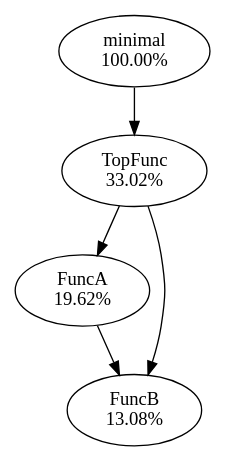
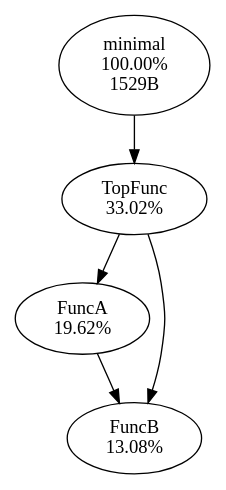
One commit to f18m/malloc-tag changed the diagram in examples/minimal/minimal_stats.dot. Above: the diagram before and after it, drawn with Graphviz. The commit also changed 2 other files, not shown here.

```diff
--- a/examples/minimal/minimal_stats.dot
+++ b/examples/minimal/minimal_stats.dot
@@ -1,11 +1,11 @@
 digraph MallocTree {
-minimal [label="minimal\n100.00%"]
+minimal [label="minimal\n100.00%\n1529B"]
 minimal -> TopFunc
 TopFunc [label="TopFunc\n33.02%"]
 TopFunc -> FuncA
 TopFunc -> FuncB
 FuncA [label="FuncA\n19.62%"]
 FuncA -> FuncB
 FuncB [label="FuncB\n13.08%"]
 FuncB [label="FuncB\n13.08%"]
 }
```
